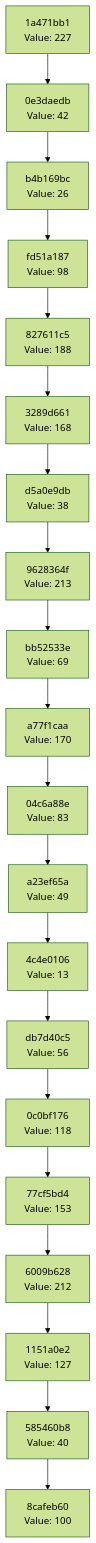
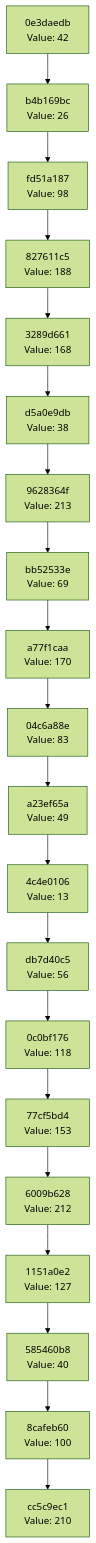
The diagram in docs/CHAIN_VISUALIZATION.md (Abhisheksinha1506/hash-chain-evolver), drawn with Mermaid (forest theme) before and after one commit. The commit also changed 2 other files, not shown here.

Commit message:
Evolution step: hash 0xD2 → action executed

````diff
--- a/docs/CHAIN_VISUALIZATION.md
+++ b/docs/CHAIN_VISUALIZATION.md
@@ -3,42 +3,42 @@
 ```mermaid
 graph TD
-    C0["8cafeb60<br/>Value: 100"]
-    C1["585460b8<br/>Value: 40"]
+    C0["cc5c9ec1<br/>Value: 210"]
+    C1["8cafeb60<br/>Value: 100"]
     C1 --> C0
-    C2["1151a0e2<br/>Value: 127"]
+    C2["585460b8<br/>Value: 40"]
     C2 --> C1
-    C3["6009b628<br/>Value: 212"]
+    C3["1151a0e2<br/>Value: 127"]
     C3 --> C2
-    C4["77cf5bd4<br/>Value: 153"]
+    C4["6009b628<br/>Value: 212"]
     C4 --> C3
-    C5["0c0bf176<br/>Value: 118"]
+    C5["77cf5bd4<br/>Value: 153"]
     C5 --> C4
-    C6["db7d40c5<br/>Value: 56"]
+    C6["0c0bf176<br/>Value: 118"]
     C6 --> C5
-    C7["4c4e0106<br/>Value: 13"]
+    C7["db7d40c5<br/>Value: 56"]
     C7 --> C6
-    C8["a23ef65a<br/>Value: 49"]
+    C8["4c4e0106<br/>Value: 13"]
     C8 --> C7
-    C9["04c6a88e<br/>Value: 83"]
+    C9["a23ef65a<br/>Value: 49"]
     C9 --> C8
-    C10["a77f1caa<br/>Value: 170"]
+    C10["04c6a88e<br/>Value: 83"]
     C10 --> C9
-    C11["bb52533e<br/>Value: 69"]
+    C11["a77f1caa<br/>Value: 170"]
     C11 --> C10
-    C12["9628364f<br/>Value: 213"]
+    C12["bb52533e<br/>Value: 69"]
     C12 --> C11
-    C13["d5a0e9db<br/>Value: 38"]
+    C13["9628364f<br/>Value: 213"]
     C13 --> C12
-    C14["3289d661<br/>Value: 168"]
+    C14["d5a0e9db<br/>Value: 38"]
     C14 --> C13
-    C15["827611c5<br/>Value: 188"]
+    C15["3289d661<br/>Value: 168"]
     C15 --> C14
-    C16["fd51a187<br/>Value: 98"]
+    C16["827611c5<br/>Value: 188"]
     C16 --> C15
-    C17["b4b169bc<br/>Value: 26"]
+    C17["fd51a187<br/>Value: 98"]
     C17 --> C16
-    C18["0e3daedb<br/>Value: 42"]
+    C18["b4b169bc<br/>Value: 26"]
     C18 --> C17
-    C19["1a471bb1<br/>Value: 227"]
+    C19["0e3daedb<br/>Value: 42"]
     C19 --> C18
 ```
````
